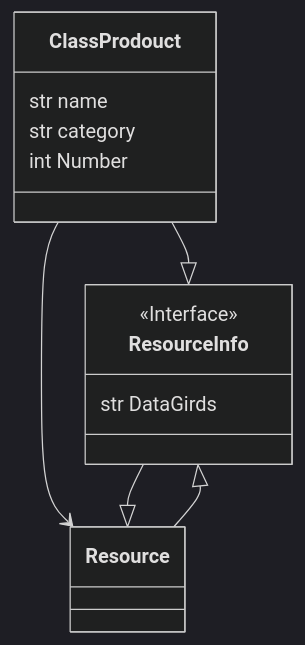
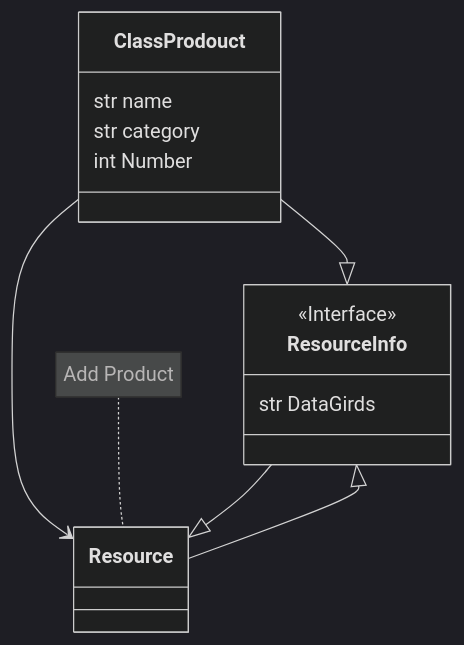
Before and after one commit to Natithorn/Project: the diagram in README.md, drawn with Mermaid (dark theme).

````diff
--- a/README.md
+++ b/README.md
@@ -15,13 +15,14 @@
 ```mermaid
 classDiagram
 ResourceInfo --|> Resource 
 <<Interface>> ResourceInfo
 Resource --|> ResourceInfo
+note for Resource "Add Product" 
 ClassProdouct --> Resource
 ClassProdouct : str name
 ClassProdouct : str category
 ClassProdouct : int Number
 ClassProdouct --|> ResourceInfo
 ResourceInfo : str DataGirds
 
 ```
````
